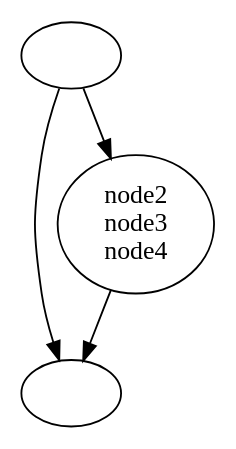
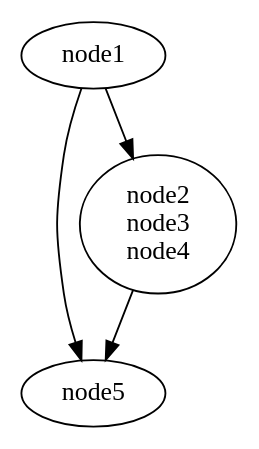
Before and after one commit to GSI-CS-CO/bel_projects: the diagram in modules/ftm/doc/ReplaceChainByVertex/parallel1x2-compact.dot, drawn with Graphviz. The commit also changed 4 other files, not shown here.

```diff
--- a/modules/ftm/doc/ReplaceChainByVertex/parallel1x2-compact.dot
+++ b/modules/ftm/doc/ReplaceChainByVertex/parallel1x2-compact.dot
@@ -1,16 +1,16 @@
 digraph G {
 graph [
 _draw_=""
 bb=""
 name="parallel1x2-compact"
 xdotversion=""
 ]
-0 [_draw_="", _hdraw_="", _ldraw_="", beamin="", beamproc="", bpcstart="", bpentry="", bpexit="", bpid="", clear="", dst="", evtno="", fid="", gid="", height="", id="", label="", ovr="", par="", patentry="", patexit="", pattern="", pos="", prio="", qhi="", qil="", qlo="", reps="", reqnobeam="", res="", sid="", tabs="", target="", tef="", toffs="", tperiod="", tvalid="", twait="", type="", vacc="", wabs="", width=""];
-1 [_draw_="", _hdraw_="", _ldraw_="", beamin="", beamproc="", bpcstart="", bpentry="", bpexit="", bpid="", clear="", dst="", evtno="", fid="", gid="", height="", id="", label="", ovr="", par="", patentry="", patexit="", pattern="", pos="", prio="", qhi="", qil="", qlo="", reps="", reqnobeam="", res="", sid="", tabs="", target="", tef="", toffs="", tperiod="", tvalid="", twait="", type="", vacc="", wabs="", width=""];
-2 [_draw_="", _hdraw_="", _ldraw_="", beamin="", beamproc="", bpcstart="", bpentry="", bpexit="", bpid="", clear="", dst="", evtno="", fid="", gid="", height="", id="", label="node2
+0 [_draw_="", _hdraw_="", _ldraw_="", beamin="", beamproc="", bpcstart="", bpentry="", bpexit="", bpid="", clear="", color="", dst="", evtno="", fid="", fillcolor="", gid="", height="", id="", label=node1, ovr="", par="", patentry="", patexit="", pattern="", penwidth="", pos="", prio="", qhi="", qil="", qlo="", reps="", reqnobeam="", res="", shape="", sid="", style="", tabs="", target="", tef="", toffs="", tperiod="", tvalid="", twait="", type="", vacc="", wabs="", width=""];
+1 [_draw_="", _hdraw_="", _ldraw_="", beamin="", beamproc="", bpcstart="", bpentry="", bpexit="", bpid="", clear="", color="", dst="", evtno="", fid="", fillcolor="", gid="", height="", id="", label=node5, ovr="", par="", patentry="", patexit="", pattern="", penwidth="", pos="", prio="", qhi="", qil="", qlo="", reps="", reqnobeam="", res="", shape="", sid="", style="", tabs="", target="", tef="", toffs="", tperiod="", tvalid="", twait="", type="", vacc="", wabs="", width=""];
+2 [_draw_="", _hdraw_="", _ldraw_="", beamin="", beamproc="", bpcstart="", bpentry="", bpexit="", bpid="", clear="", color="", dst="", evtno="", fid="", fillcolor="", gid="", height="", id="", label="node2
 node3
-node4", ovr="", par="", patentry="", patexit="", pattern="", pos="", prio="", qhi="", qil="", qlo="", reps="", reqnobeam="", res="", sid="", tabs="", target="", tef="", toffs="", tperiod="", tvalid="", twait="", type="", vacc="", wabs="", width=""];
-0->1  [_draw_="", _hdraw_="", pos="", type=""];
-0->2  [_draw_="", _hdraw_="", pos="", type=""];
-2->1  [_draw_="", _hdraw_="", pos="", type=""];
+node4", ovr="", par="", patentry="", patexit="", pattern="", penwidth="", pos="", prio="", qhi="", qil="", qlo="", reps="", reqnobeam="", res="", shape="", sid="", style="", tabs="", target="", tef="", toffs="", tperiod="", tvalid="", twait="", type="", vacc="", wabs="", width=""];
+0->1  [_draw_="", _hdraw_="", color="", pos="", type=""];
+0->2  [_draw_="", _hdraw_="", color="", pos="", type=""];
+2->1  [_draw_="", _hdraw_="", color="", pos="", type=""];
 }
```
